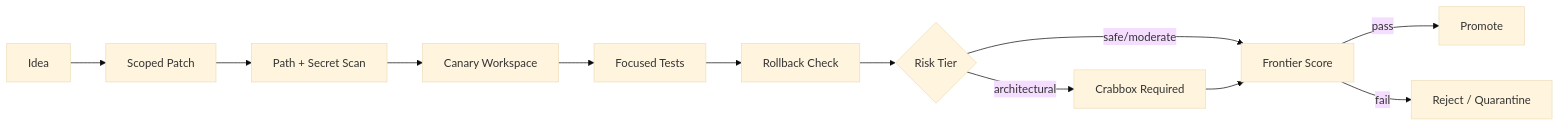
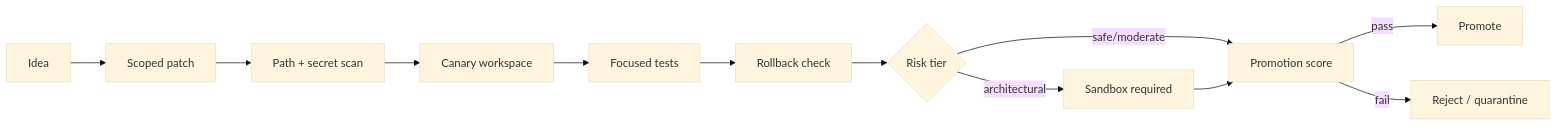
Before and after one commit to Kristianaaron/openclaw-harness-autoresearch: the fourth of 4 diagrams in README.md, drawn with Mermaid (base theme). The commit also changed other lines of this file and 2 other files, not shown here.

````diff
--- a/README.md
+++ b/README.md
@@ -230,14 +116,14 @@
 ```mermaid
 flowchart LR
-    A["Idea"] --> B["Scoped Patch"]
-    B --> C["Path + Secret Scan"]
-    C --> D["Canary Workspace"]
-    D --> E["Focused Tests"]
-    E --> F["Rollback Check"]
-    F --> G{"Risk Tier"}
-    G -->|safe/moderate| H["Frontier Score"]
-    G -->|architectural| I["Crabbox Required"]
+    A["Idea"] --> B["Scoped patch"]
+    B --> C["Path + secret scan"]
+    C --> D["Canary workspace"]
+    D --> E["Focused tests"]
+    E --> F["Rollback check"]
+    F --> G{"Risk tier"}
+    G -->|safe/moderate| H["Promotion score"]
+    G -->|architectural| I["Sandbox required"]
     I --> H
     H -->|pass| J["Promote"]
-    H -->|fail| K["Reject / Quarantine"]
+    H -->|fail| K["Reject / quarantine"]
 ```
````
